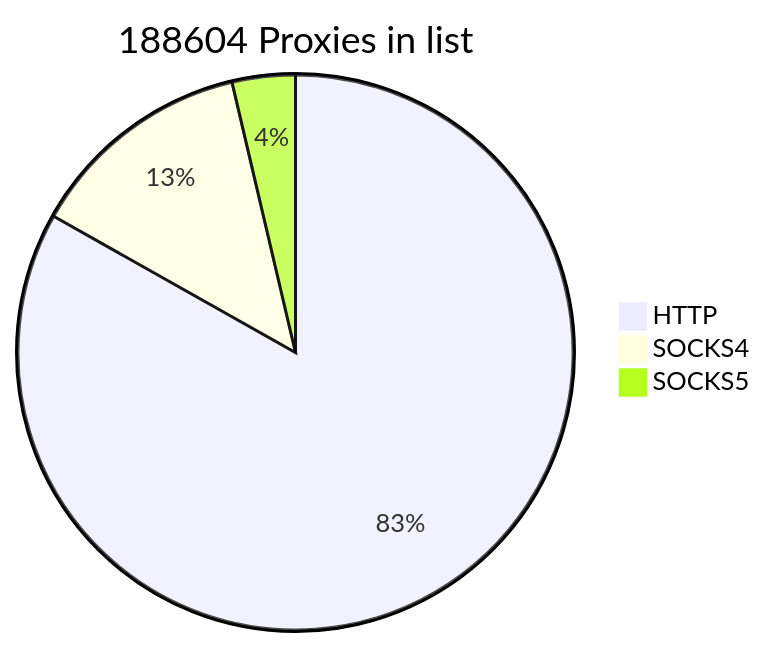
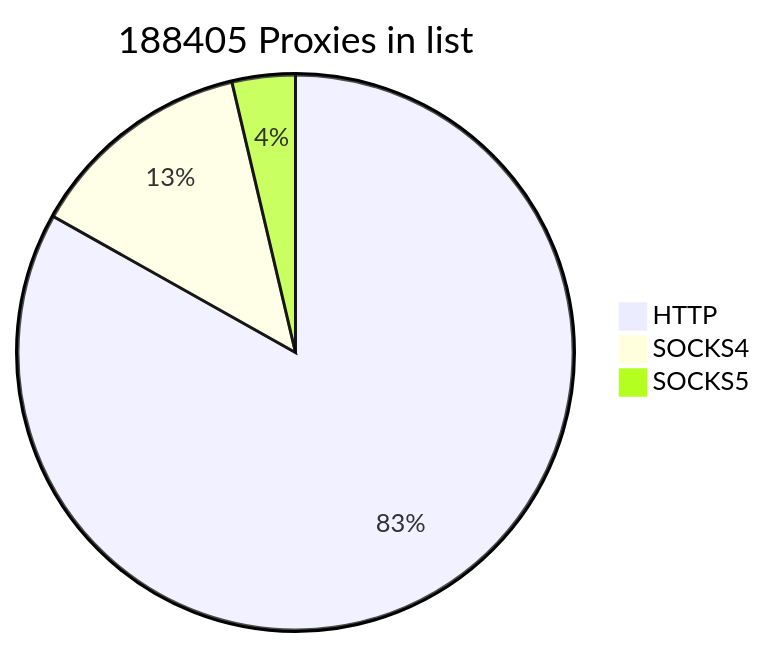
One commit to cutipu/proxylist changed the first of 2 diagrams in README.md. Above: the diagram before and after it, drawn with Mermaid. The commit also changed other lines of this file, not shown here.

````diff
--- a/README.md
+++ b/README.md
@@ -2,7 +2,7 @@
 ```mermaid
-pie title 188604 Proxies in list
-    "HTTP" : 156854
+pie title 188405 Proxies in list
+    "HTTP" : 156655
     "SOCKS4" : 24824
     "SOCKS5" : 6926
             
 ```
````
